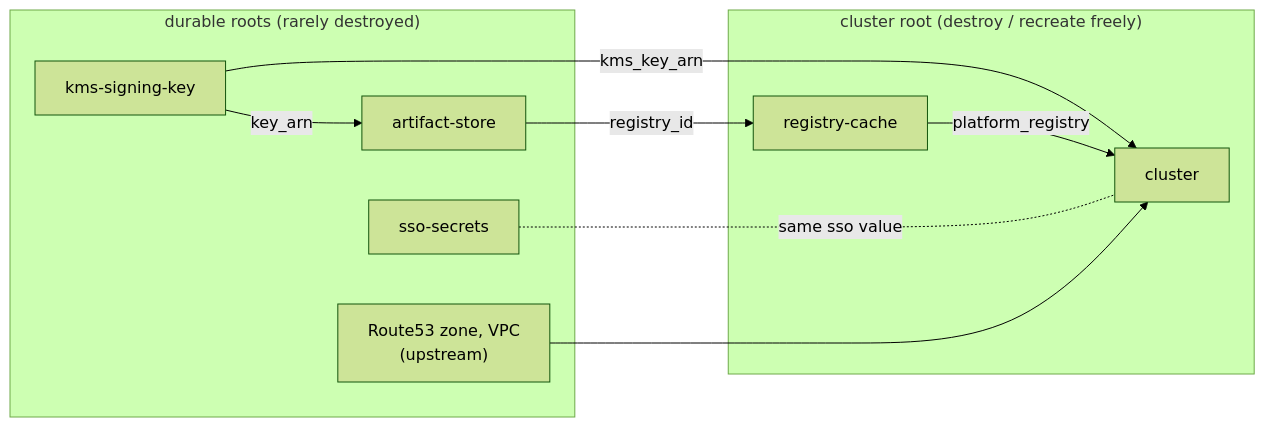
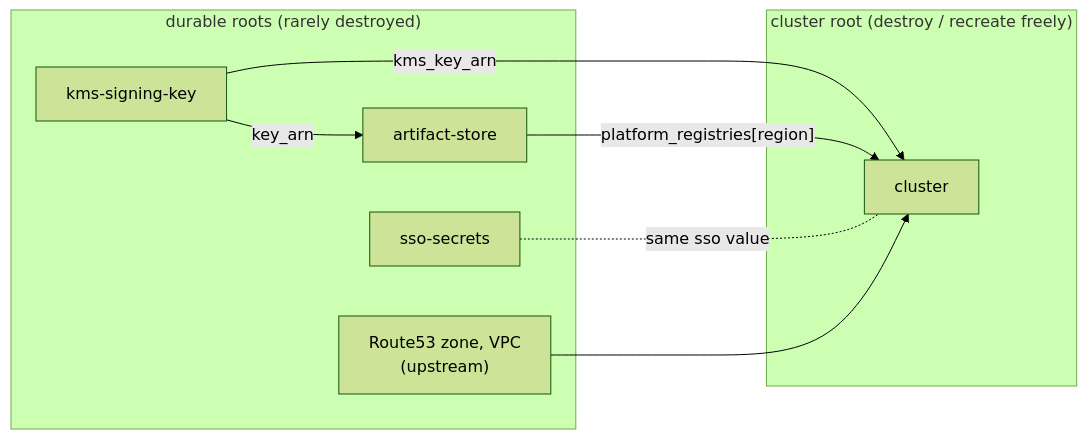
One commit to bitwise-media-group/terraform-aws-eks-flux changed the diagram in docs/modules/index.md. Above: the diagram before and after it, drawn with Mermaid (forest theme). The commit also changed other lines of this file and 48 other files, not shown here.

First line of the commit message:
feat(artifact-store): replicate the store to replica_regions and drop the pull-through cache

````diff
--- a/docs/modules/index.md
+++ b/docs/modules/index.md
@@ -37,19 +36,17 @@
 ```mermaid
 flowchart LR
     subgraph durable["durable roots (rarely destroyed)"]
         store["artifact-store"]
         key["kms-signing-key"]
         sso["sso-secrets"]
         zone["Route53 zone, VPC<br/>(upstream)"]
     end
     subgraph disposable["cluster root (destroy / recreate freely)"]
-        cache["registry-cache"]
         cluster["cluster"]
     end
     key -->|key_arn| store
     key -->|kms_key_arn| cluster
-    store -->|registry_id| cache
-    cache -->|platform_registry| cluster
+    store -->|"platform_registries[region]"| cluster
     sso -. "same sso value" .- cluster
     zone --> cluster
 ```
````
